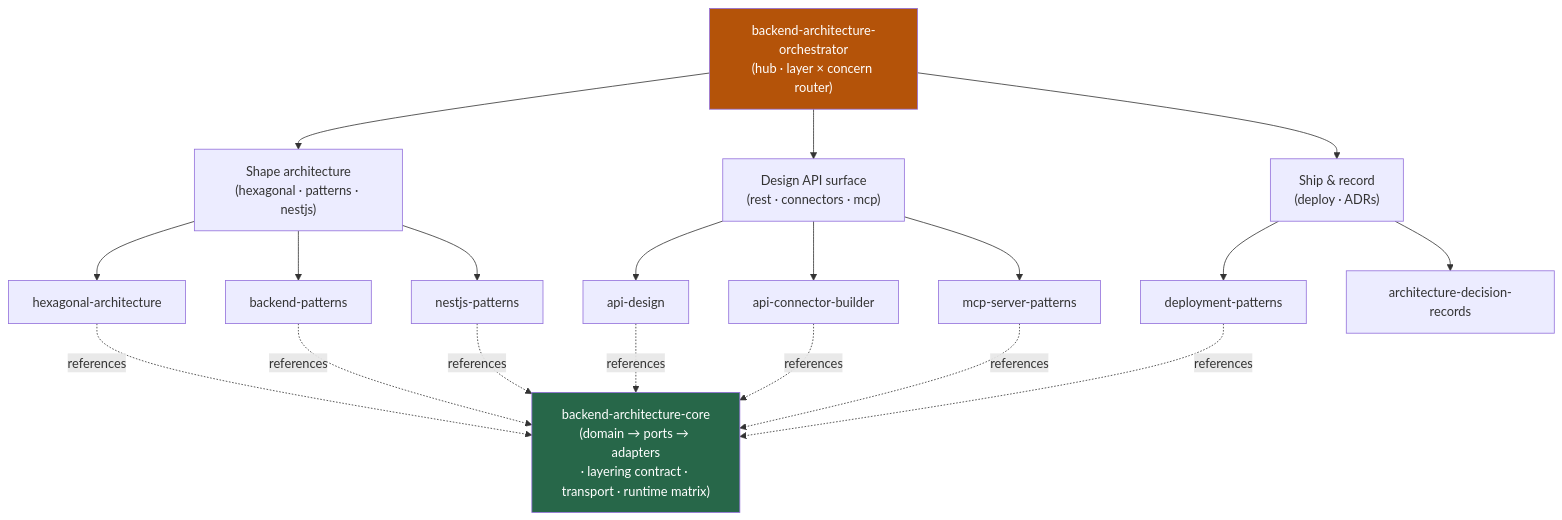
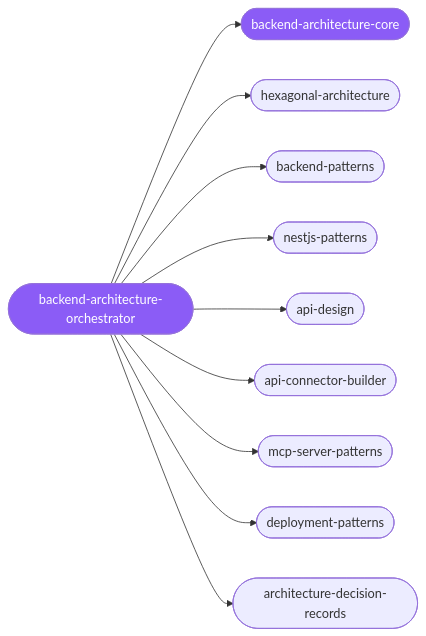
The diagram in clusters/backend-architecture/README.md (Sheshiyer/skill-clusters), drawn with Mermaid before and after one commit. The commit also changed other lines of this file and 44 other files, not shown here.

````diff
--- a/clusters/backend-architecture/README.md
+++ b/clusters/backend-architecture/README.md
@@ -31,27 +18,13 @@
 ```mermaid
-graph TD
-    O["backend-architecture-orchestrator<br/>(hub · layer × concern router)"]
-    O --> SHAPE["Shape architecture<br/>(hexagonal · patterns · nestjs)"]
-    O --> API["Design API surface<br/>(rest · connectors · mcp)"]
-    O --> SHIP["Ship & record<br/>(deploy · ADRs)"]
-
-    SHAPE --> HEX["hexagonal-architecture"]
-    SHAPE --> BP["backend-patterns"]
-    SHAPE --> NEST["nestjs-patterns"]
-    API --> AD["api-design"]
-    API --> ACB["api-connector-builder"]
-    API --> MCP["mcp-server-patterns"]
-    SHIP --> DEP["deployment-patterns"]
-    SHIP --> ADR["architecture-decision-records"]
-
-    HEX -. references .-> C["backend-architecture-core<br/>(domain → ports → adapters<br/>· layering contract · transport · runtime matrix)"]
-    BP -. references .-> C
-    NEST -. references .-> C
-    AD -. references .-> C
-    ACB -. references .-> C
-    MCP -. references .-> C
-    DEP -. references .-> C
-
-    style O fill:#b45309,color:#fff
-    style C fill:#276749,color:#fff
+graph LR
+  o([backend-architecture-orchestrator]):::hub --> c([backend-architecture-core]):::hub
+  o --> s1([hexagonal-architecture])
+  o --> s2([backend-patterns])
+  o --> s3([nestjs-patterns])
+  o --> s4([api-design])
+  o --> s5([api-connector-builder])
+  o --> s6([mcp-server-patterns])
+  o --> s7([deployment-patterns])
+  o --> s8([architecture-decision-records])
+  classDef hub fill:#8b5cf6,color:#fff;
 ```
````
